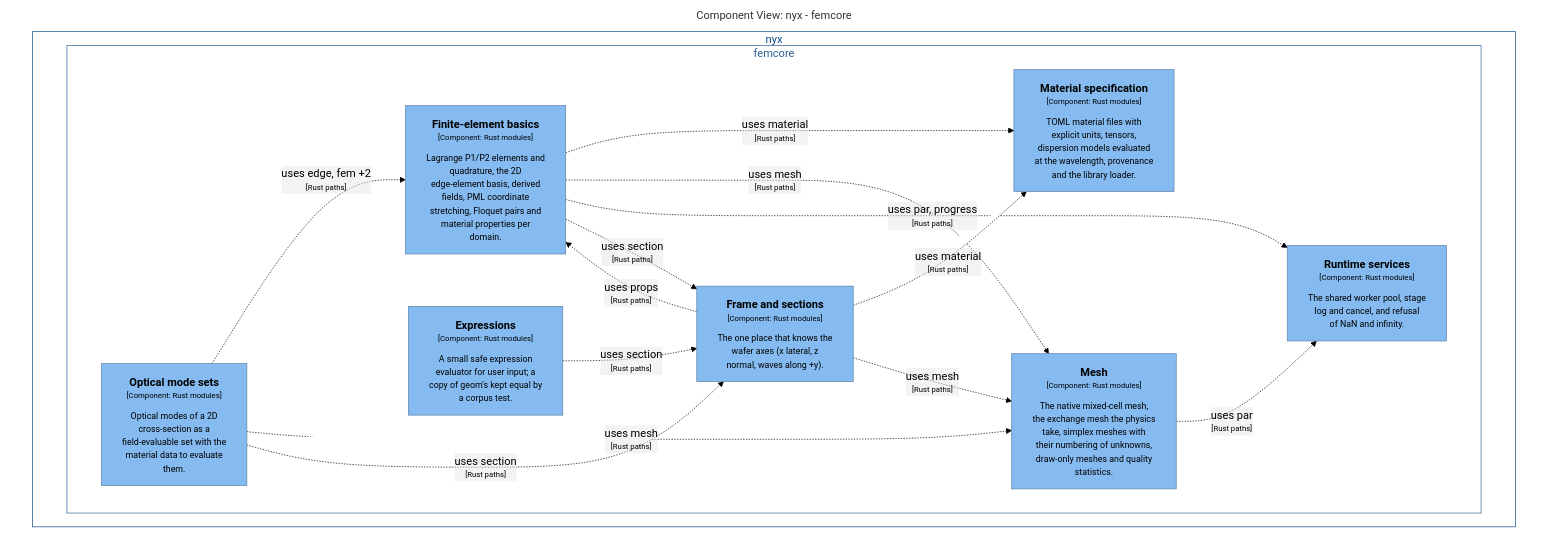
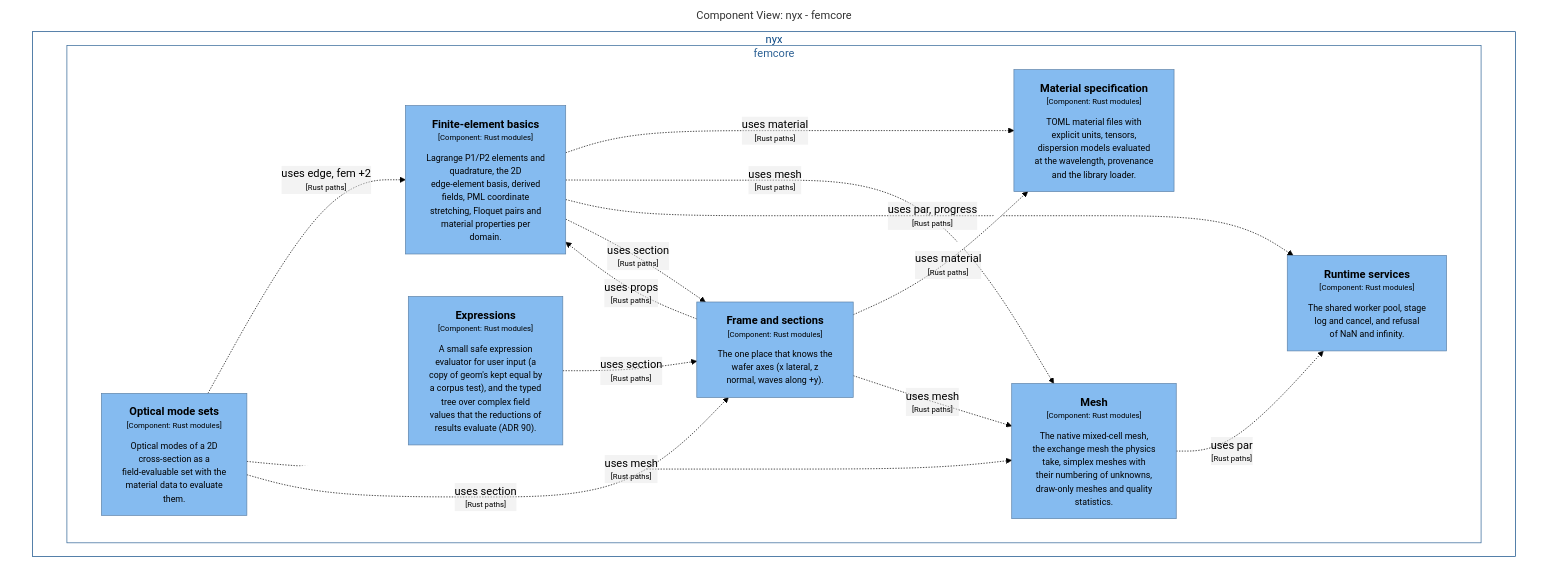
Before and after one commit to p-j-r/nyx: the diagram in docs/architecture/c4/export/mermaid/structurizr-Components_femcore_fem.mmd, drawn with Mermaid (forest theme). The commit also changed 61 other files, not shown here.

```diff
--- a/docs/architecture/c4/export/mermaid/structurizr-Components_femcore_fem.mmd
+++ b/docs/architecture/c4/export/mermaid/structurizr-Components_femcore_fem.mmd
@@ -1,44 +1,44 @@
 graph TB
   linkStyle default fill:#ffffff
 
   subgraph diagram ["Component View: nyx - femcore"]
     style diagram fill:#ffffff,stroke:#ffffff
 
     subgraph 5 ["nyx"]
       style 5 fill:#ffffff,stroke:#0b4884,color:#0b4884
 
       subgraph 78 ["femcore"]
         style 78 fill:#ffffff,stroke:#2e6295,color:#2e6295
 
         100["<div style='font-weight: bold'>Frame and sections</div><div style='font-size: 70%; margin-top: 0px'>[Component: Rust modules]</div><div style='font-size: 80%; margin-top:10px'>The one place that knows the<br />wafer axes (x lateral, z<br />normal, waves along +y).</div>"]
         style 100 fill:#85bbf0,stroke:#5d82a8,color:#000000
-        101["<div style='font-weight: bold'>Expressions</div><div style='font-size: 70%; margin-top: 0px'>[Component: Rust modules]</div><div style='font-size: 80%; margin-top:10px'>A small safe expression<br />evaluator for user input; a<br />copy of geom's kept equal by<br />a corpus test.</div>"]
+        101["<div style='font-weight: bold'>Expressions</div><div style='font-size: 70%; margin-top: 0px'>[Component: Rust modules]</div><div style='font-size: 80%; margin-top:10px'>A small safe expression<br />evaluator for user input (a<br />copy of geom's kept equal by<br />a corpus test), and the typed<br />tree over complex field<br />values that the reductions of<br />results evaluate (ADR 90).</div>"]
         style 101 fill:#85bbf0,stroke:#5d82a8,color:#000000
         102["<div style='font-weight: bold'>Runtime services</div><div style='font-size: 70%; margin-top: 0px'>[Component: Rust modules]</div><div style='font-size: 80%; margin-top:10px'>The shared worker pool, stage<br />log and cancel, and refusal<br />of NaN and infinity.</div>"]
         style 102 fill:#85bbf0,stroke:#5d82a8,color:#000000
         79["<div style='font-weight: bold'>Mesh</div><div style='font-size: 70%; margin-top: 0px'>[Component: Rust modules]</div><div style='font-size: 80%; margin-top:10px'>The native mixed-cell mesh,<br />the exchange mesh the physics<br />take, simplex meshes with<br />their numbering of unknowns,<br />draw-only meshes and quality<br />statistics.</div>"]
         style 79 fill:#85bbf0,stroke:#5d82a8,color:#000000
         97["<div style='font-weight: bold'>Finite-element basics</div><div style='font-size: 70%; margin-top: 0px'>[Component: Rust modules]</div><div style='font-size: 80%; margin-top:10px'>Lagrange P1/P2 elements and<br />quadrature, the 2D<br />edge-element basis, derived<br />fields, PML coordinate<br />stretching, Floquet pairs and<br />material properties per<br />domain.</div>"]
         style 97 fill:#85bbf0,stroke:#5d82a8,color:#000000
         98["<div style='font-weight: bold'>Material specification</div><div style='font-size: 70%; margin-top: 0px'>[Component: Rust modules]</div><div style='font-size: 80%; margin-top:10px'>TOML material files with<br />explicit units, tensors,<br />dispersion models evaluated<br />at the wavelength, provenance<br />and the library loader.</div>"]
         style 98 fill:#85bbf0,stroke:#5d82a8,color:#000000
         99["<div style='font-weight: bold'>Optical mode sets</div><div style='font-size: 70%; margin-top: 0px'>[Component: Rust modules]</div><div style='font-size: 80%; margin-top:10px'>Optical modes of a 2D<br />cross-section as a<br />field-evaluable set with the<br />material data to evaluate<br />them.</div>"]
         style 99 fill:#85bbf0,stroke:#5d82a8,color:#000000
       end
 
     end
 
     101-. "<div>uses section</div><div style='font-size: 70%'>[Rust paths]</div>" .->100
     97-. "<div>uses material</div><div style='font-size: 70%'>[Rust paths]</div>" .->98
     97-. "<div>uses mesh</div><div style='font-size: 70%'>[Rust paths]</div>" .->79
     97-. "<div>uses par, progress</div><div style='font-size: 70%'>[Rust paths]</div>" .->102
     97-. "<div>uses section</div><div style='font-size: 70%'>[Rust paths]</div>" .->100
     79-. "<div>uses par</div><div style='font-size: 70%'>[Rust paths]</div>" .->102
     99-. "<div>uses edge, fem +2</div><div style='font-size: 70%'>[Rust paths]</div>" .->97
     99-. "<div>uses mesh</div><div style='font-size: 70%'>[Rust paths]</div>" .->79
     99-. "<div>uses section</div><div style='font-size: 70%'>[Rust paths]</div>" .->100
     100-. "<div>uses props</div><div style='font-size: 70%'>[Rust paths]</div>" .->97
     100-. "<div>uses material</div><div style='font-size: 70%'>[Rust paths]</div>" .->98
     100-. "<div>uses mesh</div><div style='font-size: 70%'>[Rust paths]</div>" .->79
 
   end
```
